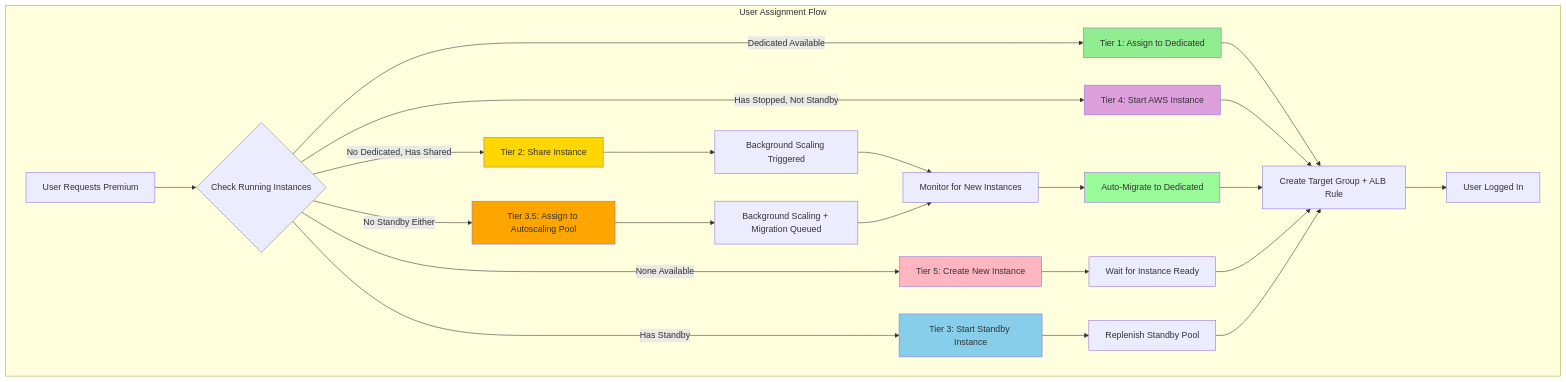
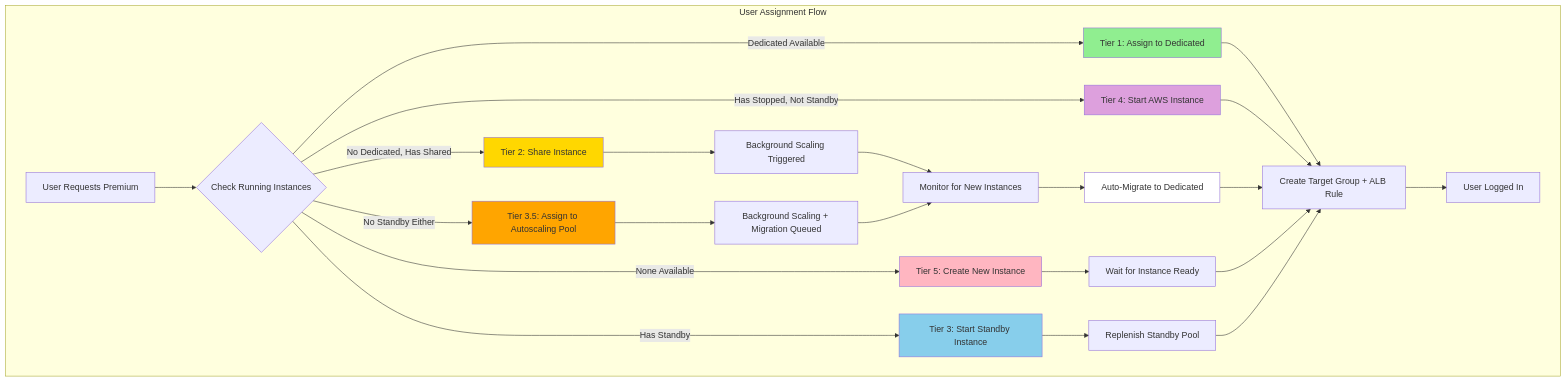
The first of 5 diagrams in infrastructure/documentation/PREMIUM_USER_ASSIGNMENT.md (arayabrain/araya-optinist), drawn with Mermaid before and after one commit. The commit also changed other lines of this file, not shown here.

Commit message:
Update premium instance assignment docs: - Step 6: Diagram cleanup (color legends)

````diff
--- a/infrastructure/documentation/PREMIUM_USER_ASSIGNMENT.md
+++ b/infrastructure/documentation/PREMIUM_USER_ASSIGNMENT.md
@@ -49,37 +49,37 @@
 ```mermaid
 graph TB
     subgraph "User Assignment Flow"
         A[User Requests Premium] --> B{Check Running Instances}
 
         B -->|Dedicated Available| C1[Tier 1: Assign to Dedicated]
         B -->|No Dedicated, Has Shared| C2[Tier 2: Share Instance]
         B -->|Has Standby| C4[Tier 3: Start Standby Instance]
         B -->|No Standby Either| C3[Tier 3.5: Assign to Autoscaling Pool]
         B -->|Has Stopped, Not Standby| C5[Tier 4: Start AWS Instance]
         B -->|None Available| C6[Tier 5: Create New Instance]
 
         C1 --> D[Create Target Group + ALB Rule]
         C2 --> E[Background Scaling Triggered]
         C3 --> F[Background Scaling + Migration Queued]
         C4 --> G[Replenish Standby Pool]
         C5 --> D
         C6 --> H[Wait for Instance Ready]
 
         E --> I[Monitor for New Instances]
         F --> I
         I --> J[Auto-Migrate to Dedicated]
         J --> D
         H --> D
         G --> D
 
         D --> K[User Logged In]
     end
 
     style C1 fill:#90EE90
     style C2 fill:#FFD700
     style C3 fill:#FFA500
     style C4 fill:#87CEEB
     style C5 fill:#DDA0DD
     style C6 fill:#FFB6C1
-    style J fill:#98FB98
+    style J fill:#FFFFFF
 ```
````
